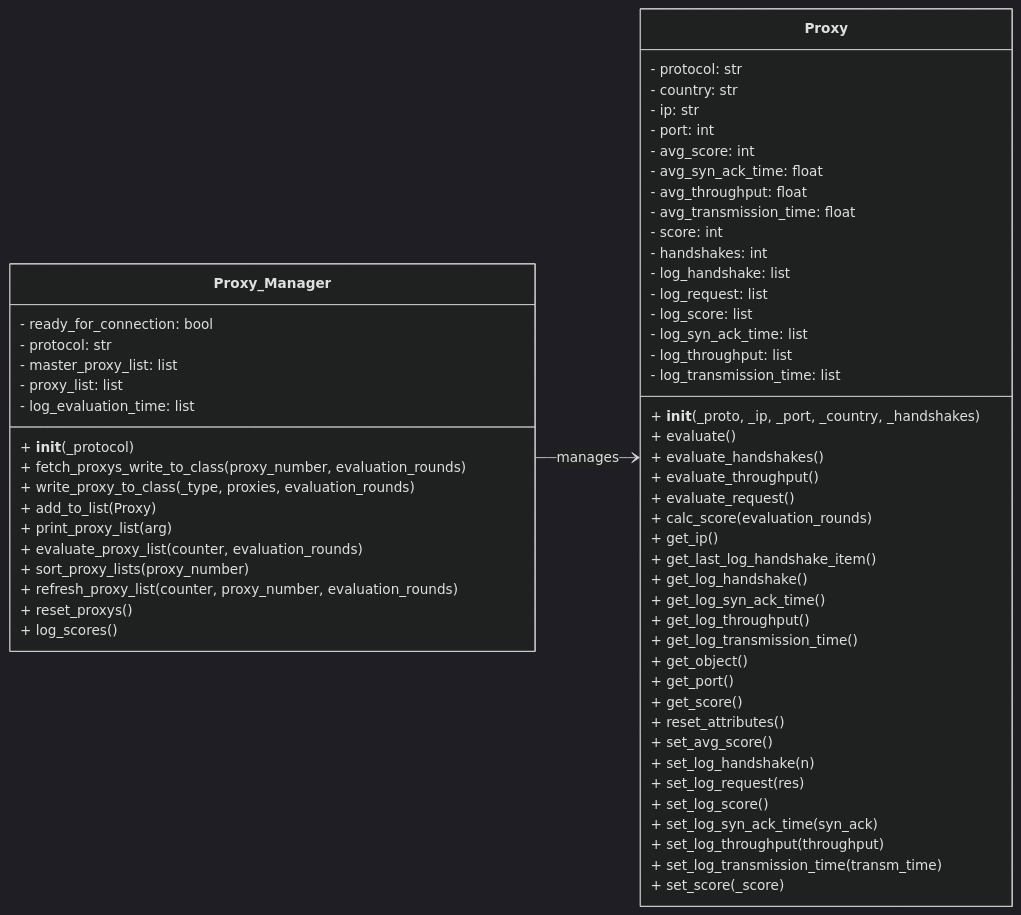
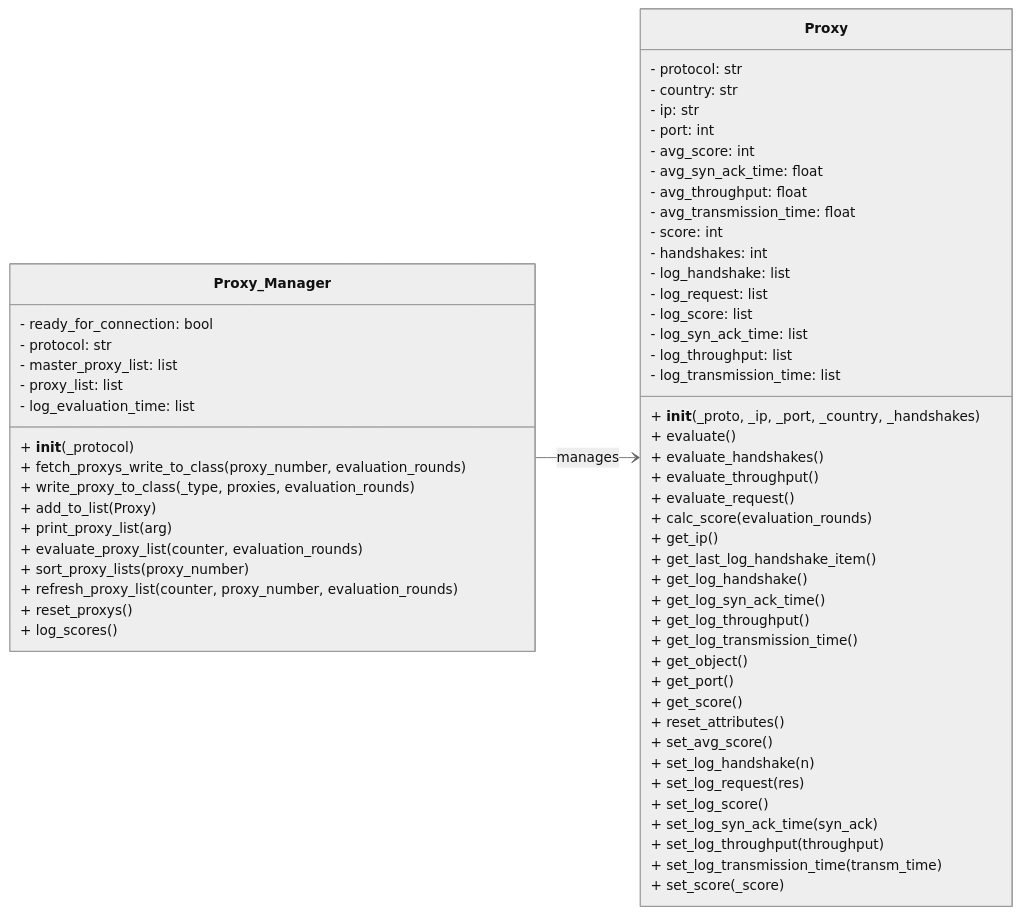
Before and after one commit to quintuscodes/Proxy-Reliability-using-Proxybroker2: the diagram in README.md, drawn with Mermaid.

Commit message:
class_diagrams

````diff
--- a/README.md
+++ b/README.md
@@ -14,67 +14,67 @@
 ```mermaid 
-%%{init: {'theme':'dark'}}%%
+%%{init: {'theme':'neutral'}}%%
 classDiagram
   direction LR
   class Proxy_Manager {
     - ready_for_connection: bool
     - protocol: str
     - master_proxy_list: list
     - proxy_list: list
     - log_evaluation_time: list
     + __init__(_protocol)
     + fetch_proxys_write_to_class(proxy_number, evaluation_rounds)
     + write_proxy_to_class(_type, proxies, evaluation_rounds)
     + add_to_list(Proxy)
     + print_proxy_list(arg)
     + evaluate_proxy_list(counter, evaluation_rounds)
     + sort_proxy_lists(proxy_number)
     + refresh_proxy_list(counter, proxy_number, evaluation_rounds)
     + reset_proxys()
     + log_scores()
   }
 
   class Proxy {
     - protocol: str
     - country: str
     - ip: str
     - port: int
     - avg_score: int
     - avg_syn_ack_time: float
     - avg_throughput: float
     - avg_transmission_time: float
     - score: int
     - handshakes: int
     - log_handshake: list
     - log_request: list
     - log_score: list
     - log_syn_ack_time: list
     - log_throughput: list
     - log_transmission_time: list
     + __init__(_proto, _ip, _port, _country, _handshakes)
     + evaluate()
     + evaluate_handshakes()
     + evaluate_throughput()
     + evaluate_request()
     + calc_score(evaluation_rounds)
     + get_ip()
     + get_last_log_handshake_item()
     + get_log_handshake()
     + get_log_syn_ack_time()
     + get_log_throughput()
     + get_log_transmission_time()
     + get_object()
     + get_port()
     + get_score()
     + reset_attributes()
     + set_avg_score()
     + set_log_handshake(n)
     + set_log_request(res)
     + set_log_score()
     + set_log_syn_ack_time(syn_ack)
     + set_log_throughput(throughput)
     + set_log_transmission_time(transm_time)
     + set_score(_score)
   }
 
   Proxy_Manager --> Proxy : manages
 ```
````
